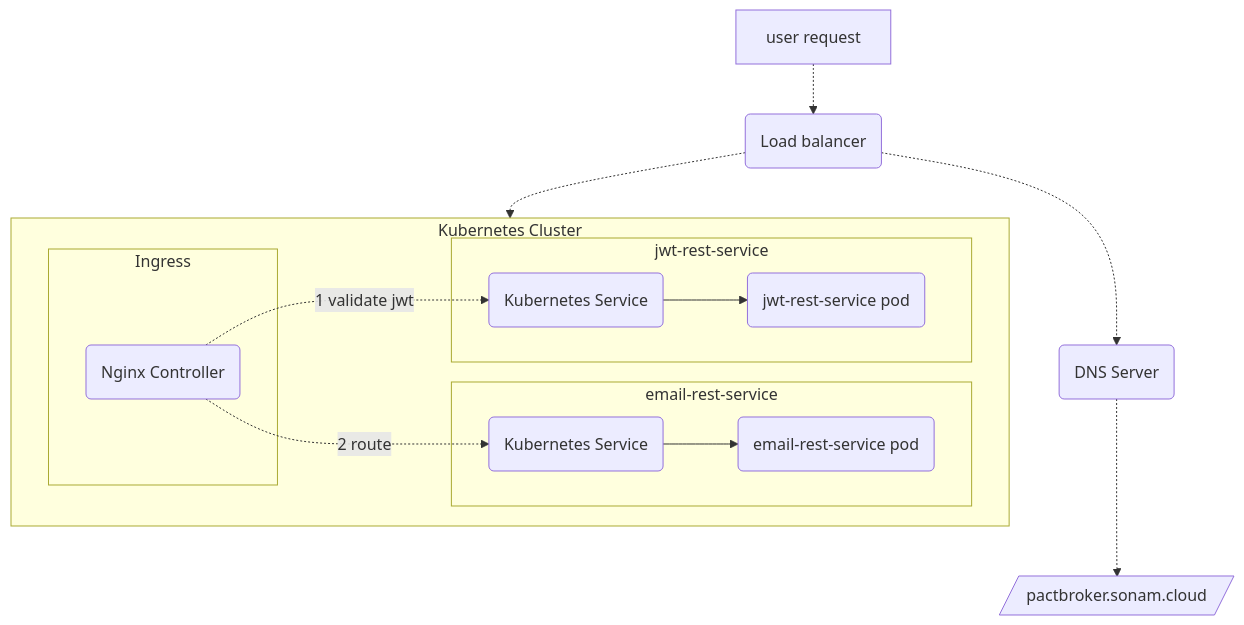
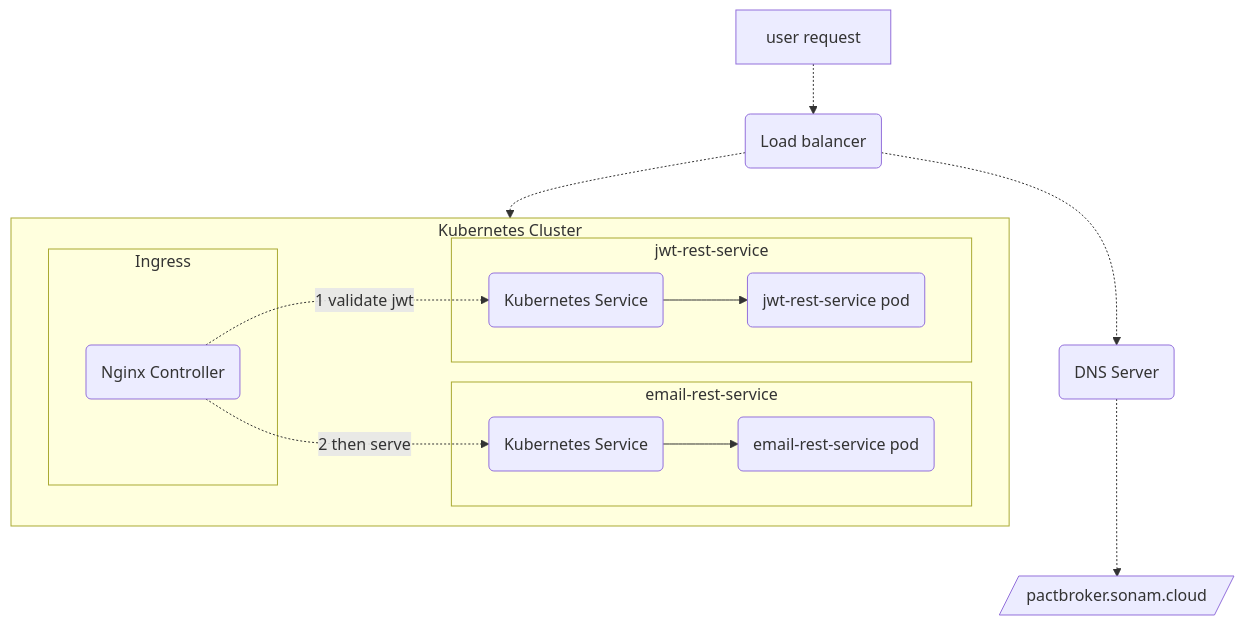
One commit to sonamsamdupkhangsar/sonamsamdupkhangsar.github.io changed the first of 4 diagrams in README.md. Above: the diagram before and after it, drawn with Mermaid.

Commit message:
add jwt-rest-service

````diff
--- a/README.md
+++ b/README.md
@@ -12,23 +12,23 @@
 ```mermaid
 flowchart TD
     A[user request] -.-> B(Load balancer)
     B -.-> C(DNS Server)
     C -.-> D[/pactbroker.sonam.cloud/]
     subgraph k8[Kubernetes Cluster]
     subgraph ingress[Ingress]
     F(Nginx Controller)
     end
     subgraph app[email-rest-service]
     G(Kubernetes Service)
     G --> H(email-rest-service pod)
     end    
     subgraph jwt[jwt-rest-service]
     I(Kubernetes Service)
     I --> J(jwt-rest-service pod)
     end    
     end
-    F -. 2 route .-> G
+    F -. 2 then serve .-> G
     F -. 1 validate jwt .-> I
     B -.-> k8
     
 ```
````
